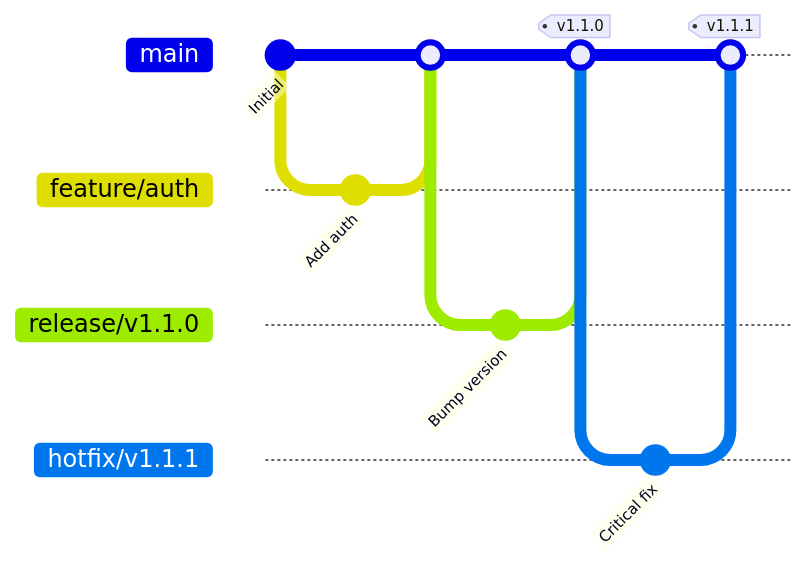
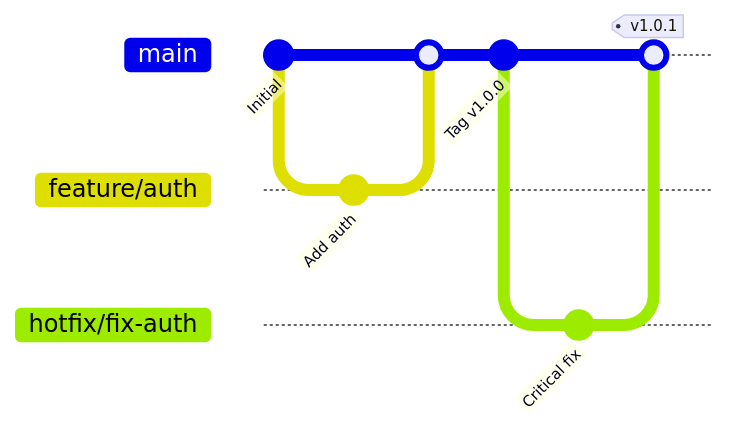
One commit to ArkeonProject/organization-tools changed the third of 3 diagrams in docs/ARCHITECTURE.md. Above: the diagram before and after it, drawn with Mermaid. The commit also changed other lines of this file and 15 other files, not shown here.

````diff
--- a/docs/ARCHITECTURE.md
+++ b/docs/ARCHITECTURE.md
@@ -184,21 +184,16 @@
 ```mermaid
 gitGraph
     commit id: "Initial"
     branch feature/auth
     checkout feature/auth
     commit id: "Add auth"
     checkout main
     merge feature/auth
+    commit id: "Tag v1.0.0"
     
-    branch release/v1.1.0
-    checkout release/v1.1.0
-    commit id: "Bump version"
-    checkout main
-    merge release/v1.1.0 tag: "v1.1.0"
-    
-    branch hotfix/v1.1.1
-    checkout hotfix/v1.1.1
+    branch hotfix/fix-auth
+    checkout hotfix/fix-auth
     commit id: "Critical fix"
     checkout main
-    merge hotfix/v1.1.1 tag: "v1.1.1"
+    merge hotfix/fix-auth tag: "v1.0.1"
 ```
````
